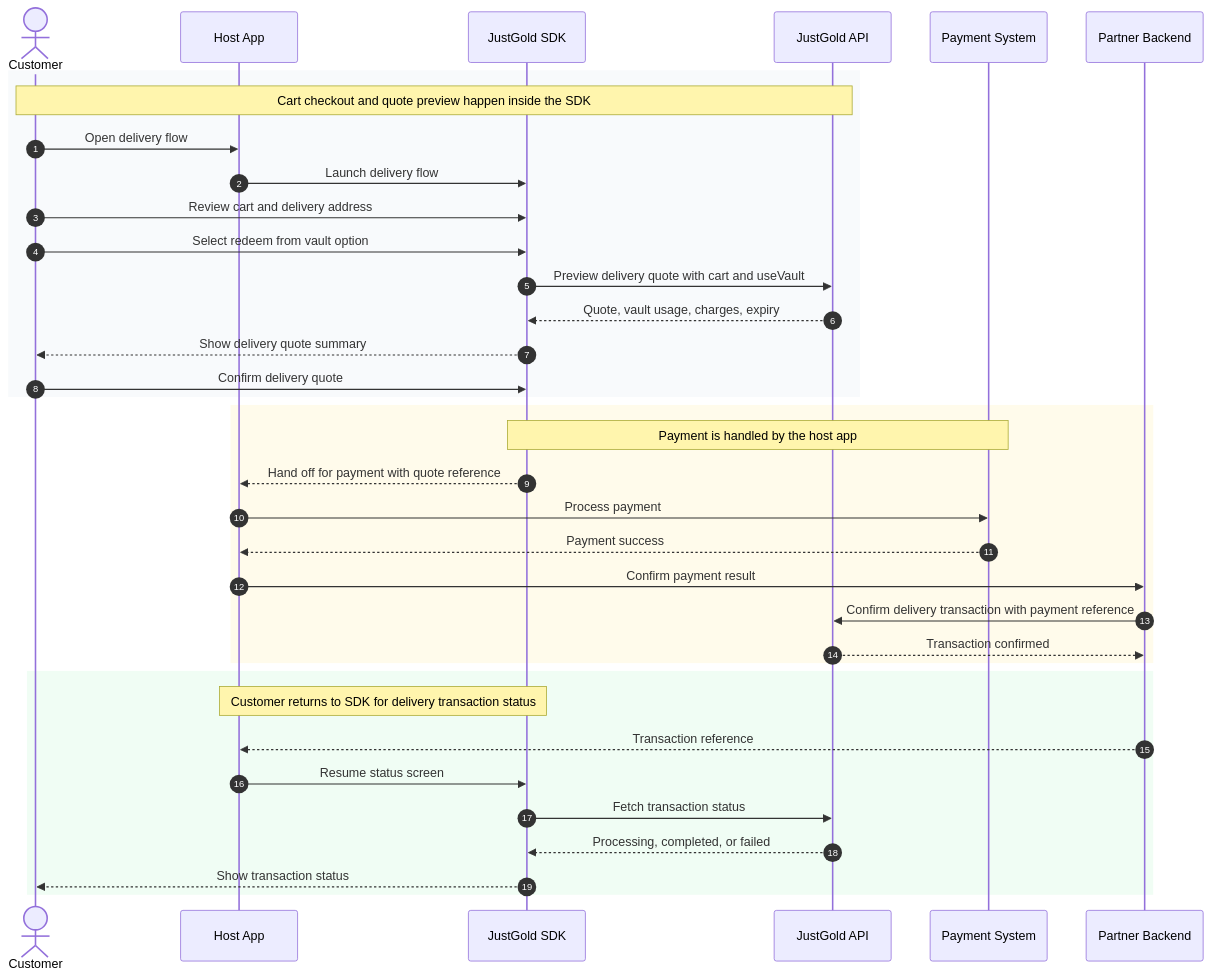
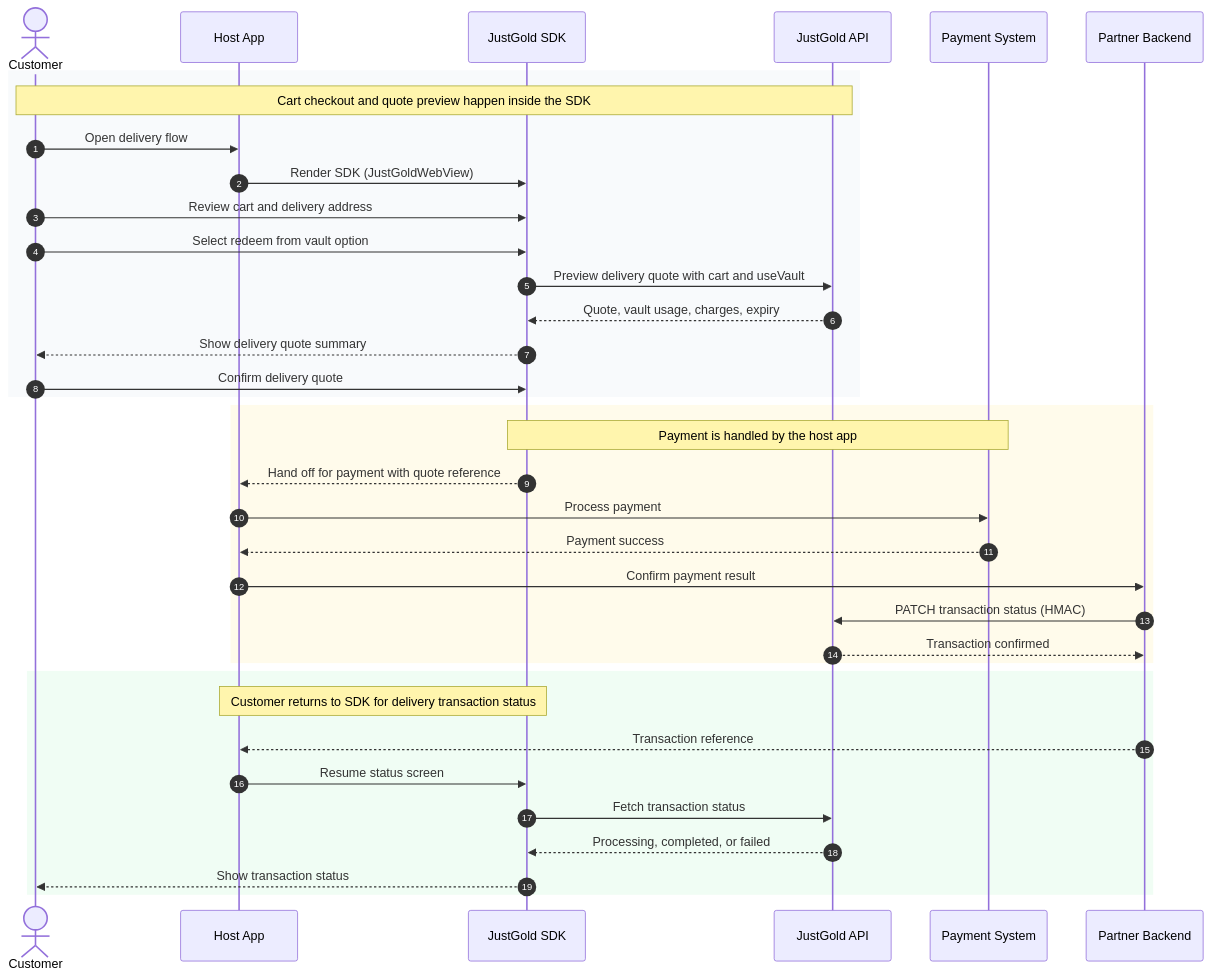
One commit to Just-Gold-JG/docs changed the fourth of 4 diagrams in sdk/overview.md. Above: the diagram before and after it, drawn with Mermaid. The commit also changed other lines of this file and 3 other files, not shown here.

Commit message:
Enhance SDK documentation for Flutter and React Native, including updated integration flows, session management, and UI embedding details. Clarify token handling and callback implementations for improved developer guidance.

````diff
--- a/sdk/overview.md
+++ b/sdk/overview.md
@@ -138,41 +159,41 @@
 ```mermaid
 sequenceDiagram
     autonumber
     actor Customer
     participant Host as Host App
     participant SDK as JustGold SDK
     participant JG as JustGold API
     participant Pay as Payment System
     participant Backend as Partner Backend
 
     rect rgb(248, 250, 252)
         Note over Customer,JG: Cart checkout and quote preview happen inside the SDK
         Customer->>Host: Open delivery flow
-        Host->>SDK: Launch delivery flow
+        Host->>SDK: Render SDK (JustGoldWebView)
         Customer->>SDK: Review cart and delivery address
         Customer->>SDK: Select redeem from vault option
         SDK->>JG: Preview delivery quote with cart and useVault
         JG-->>SDK: Quote, vault usage, charges, expiry
         SDK-->>Customer: Show delivery quote summary
         Customer->>SDK: Confirm delivery quote
     end
 
     rect rgb(255, 251, 235)
         Note over SDK,Pay: Payment is handled by the host app
         SDK-->>Host: Hand off for payment with quote reference
         Host->>Pay: Process payment
         Pay-->>Host: Payment success
         Host->>Backend: Confirm payment result
-        Backend->>JG: Confirm delivery transaction with payment reference
+        Backend->>JG: PATCH transaction status (HMAC)
         JG-->>Backend: Transaction confirmed
     end
 
     rect rgb(240, 253, 244)
         Note over Host,SDK: Customer returns to SDK for delivery transaction status
         Backend-->>Host: Transaction reference
         Host->>SDK: Resume status screen
         SDK->>JG: Fetch transaction status
         JG-->>SDK: Processing, completed, or failed
         SDK-->>Customer: Show transaction status
     end
 ```
````
